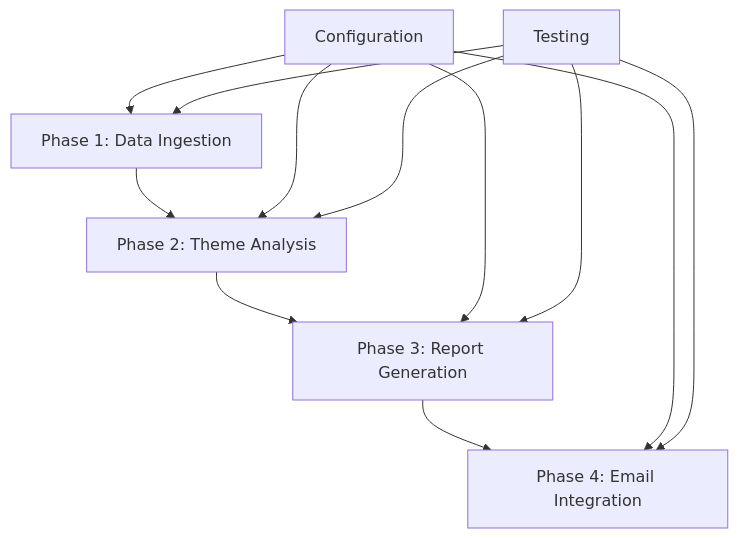
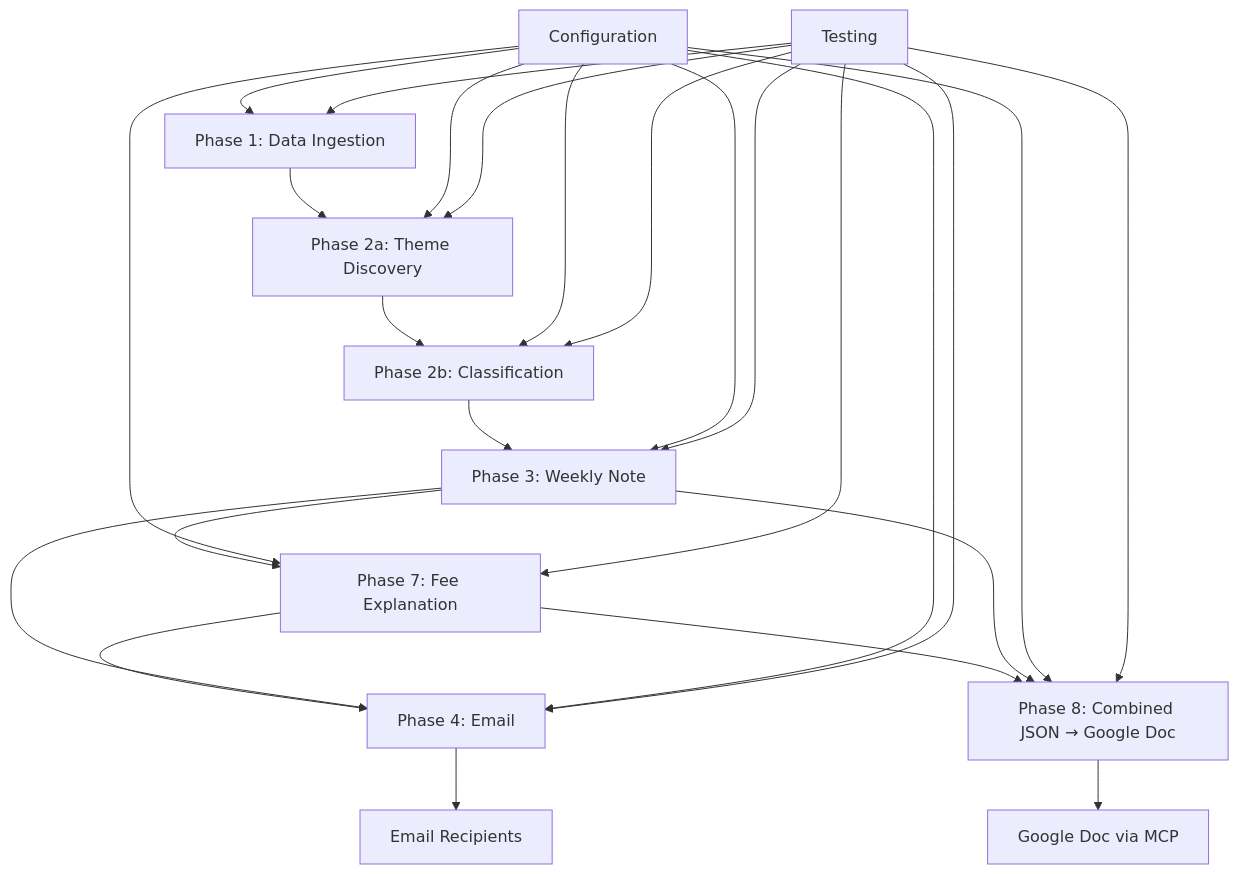
One commit to asankhua/app-review-insights-analyser changed the third of 3 diagrams in ARCHITECTURE.md. Above: the diagram before and after it, drawn with Mermaid. The commit also changed other lines of this file and 90 other files, not shown here.

````diff
--- a/ARCHITECTURE.md
+++ b/ARCHITECTURE.md
@@ -938,16 +1246,29 @@
 ```mermaid
 graph TD
-    A[Phase 1: Data Ingestion] --> B[Phase 2: Theme Analysis]
-    B --> C[Phase 3: Report Generation]
-    C --> D[Phase 4: Email Integration]
+    A[Phase 1: Data Ingestion] --> B[Phase 2a: Theme Discovery]
+    B --> C2[Phase 2b: Classification]
+    C2 --> C[Phase 3: Weekly Note]
+    C --> H7[Phase 7: Fee Explanation]
+    H7 --> D[Phase 4: Email]
+    C --> D
+    H7 --> H8[Phase 8: Combined JSON → Google Doc]
+    C --> H8
+    D --> Recipients[Email Recipients]
+    H8 --> GDoc[Google Doc via MCP]
     
     E[Configuration] --> A
     E --> B
+    E --> C2
     E --> C
+    E --> H7
     E --> D
+    E --> H8
     
     F[Testing] --> A
     F --> B
+    F --> C2
     F --> C
+    F --> H7
     F --> D
+    F --> H8
 ```
````
